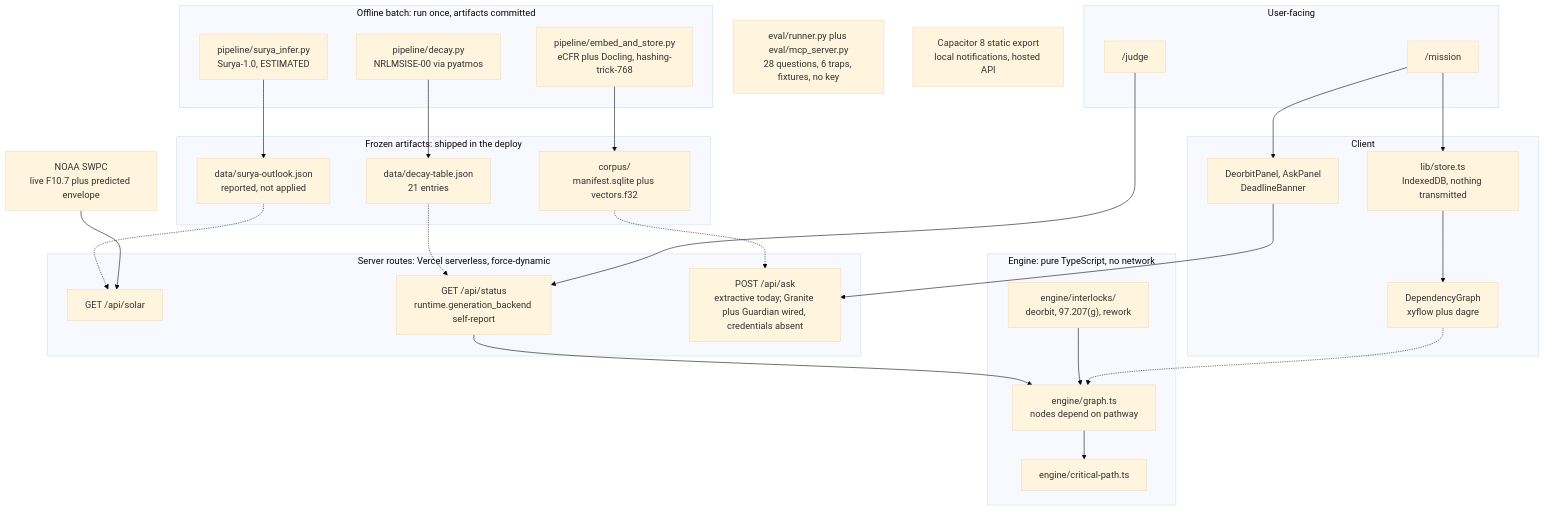
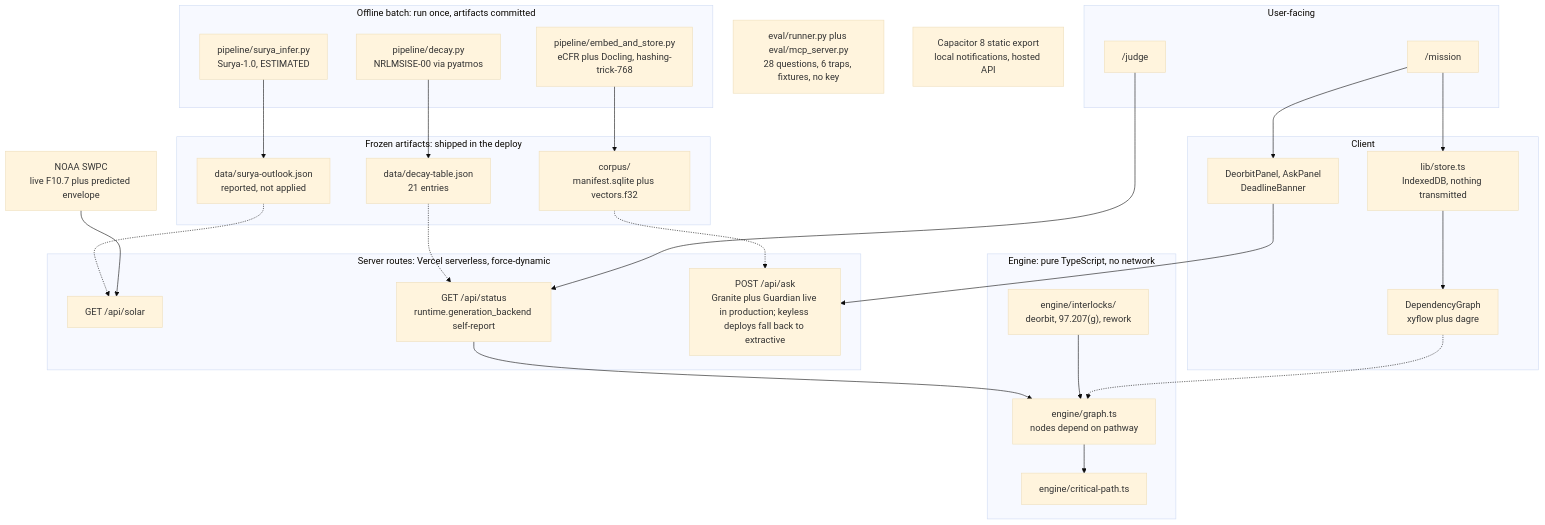
Before and after one commit to StephenSook/manifest: the first of 2 diagrams in README.md, drawn with Mermaid (base theme). The commit also changed other lines of this file, not shown here.

````diff
--- a/README.md
+++ b/README.md
@@ -99,59 +99,59 @@
 ```mermaid
 flowchart TB
   subgraph batch["Offline batch: run once, artifacts committed"]
     decay["pipeline/decay.py\nNRLMSISE-00 via pyatmos"]
     suryaPy["pipeline/surya_infer.py\nSurya-1.0, ESTIMATED"]
     embed["pipeline/embed_and_store.py\neCFR plus Docling, hashing-trick-768"]
   end
 
   subgraph frozen["Frozen artifacts: shipped in the deploy"]
     table["data/decay-table.json\n21 entries"]
     outlook["data/surya-outlook.json\nreported, not applied"]
     corpus["corpus/\nmanifest.sqlite plus vectors.f32"]
   end
 
   noaa["NOAA SWPC\nlive F10.7 plus predicted envelope"]
 
   subgraph routes["Server routes: Vercel serverless, force-dynamic"]
     solar["GET /api/solar"]
     status["GET /api/status\nruntime.generation_backend self-report"]
-    ask["POST /api/ask\nextractive today; Granite plus Guardian wired, credentials absent"]
+    ask["POST /api/ask\nGranite plus Guardian live in production; keyless deploys fall back to extractive"]
   end
 
   subgraph engine["Engine: pure TypeScript, no network"]
     graphTs["engine/graph.ts\nnodes depend on pathway"]
     cp["engine/critical-path.ts"]
     interlocks["engine/interlocks/\ndeorbit, 97.207(g), rework"]
   end
 
   subgraph client["Client"]
     store["lib/store.ts\nIndexedDB, nothing transmitted"]
     depGraph["DependencyGraph\nxyflow plus dagre"]
     panels["DeorbitPanel, AskPanel\nDeadlineBanner"]
   end
 
   subgraph surfaces["User-facing"]
     mission["/mission"]
     judge["/judge"]
   end
 
   evalBox["eval/runner.py plus eval/mcp_server.py\n28 questions, 6 traps, fixtures, no key"]
   mobile["Capacitor 8 static export\nlocal notifications, hosted API"]
 
   decay --> table
   suryaPy --> outlook
   embed --> corpus
   table -.-> status
   outlook -.-> solar
   corpus -.-> ask
   noaa --> solar
   status --> graphTs
   graphTs --> cp
   interlocks --> graphTs
   mission --> store
   store --> depGraph
   depGraph -.-> graphTs
   mission --> panels
   panels --> ask
   judge --> status
 ```
````
